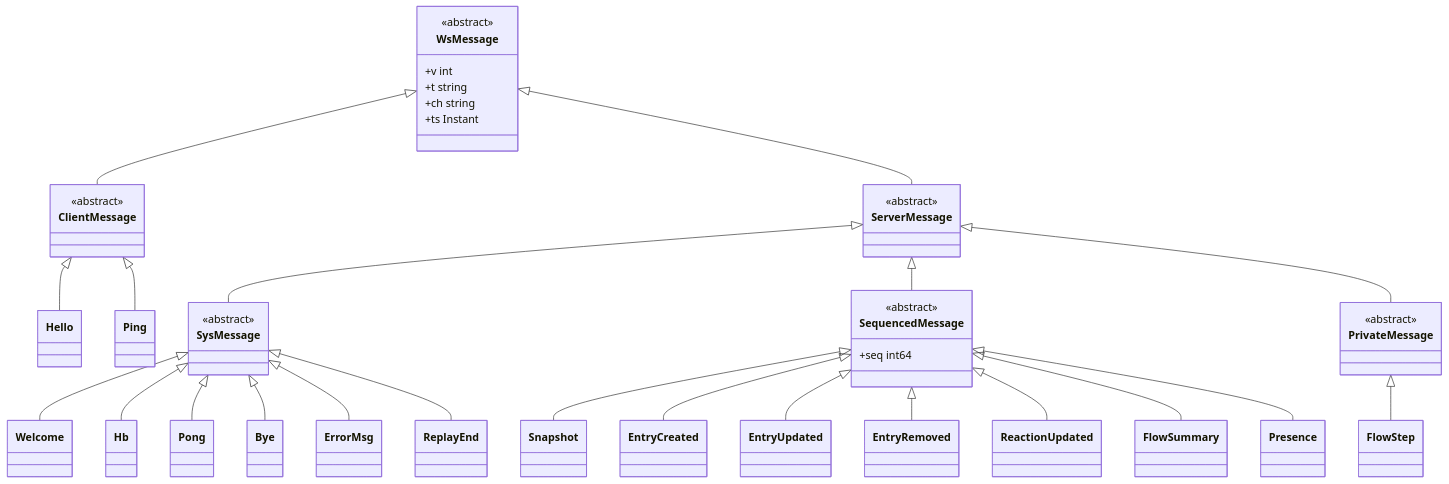
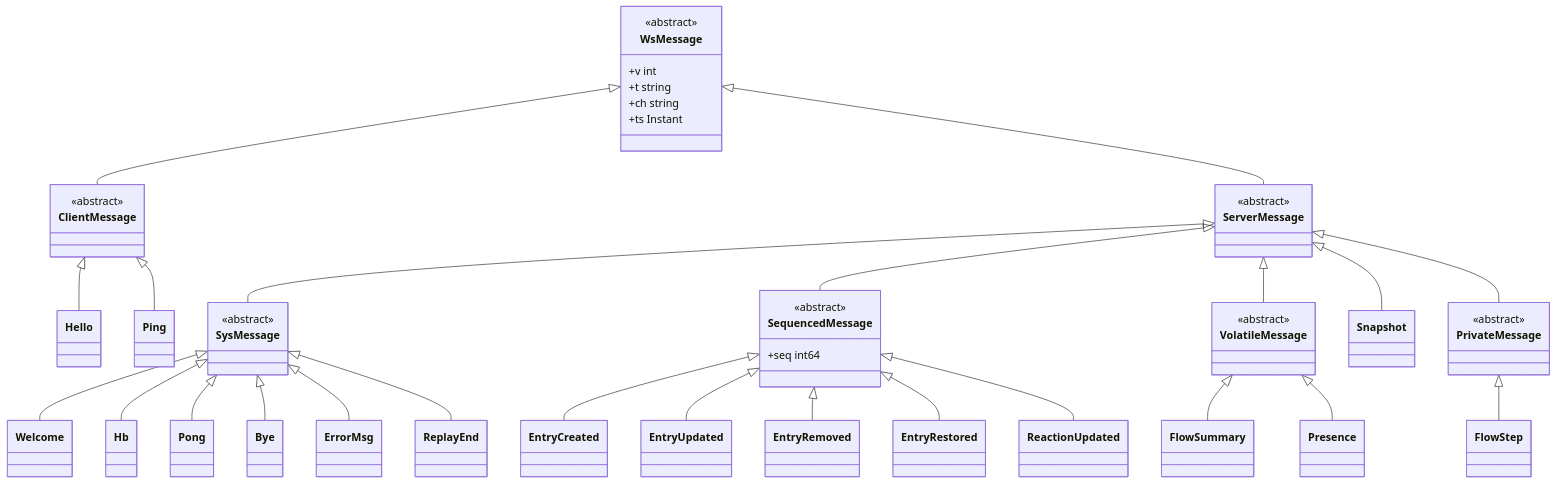
The ninth of 10 diagrams in docs/design/04-ws-protocol.md (1985jwlee/portpolio_backend), drawn with Mermaid before and after one commit. The commit also changed other lines of this file and 25 other files, not shown here.

````diff
--- a/docs/design/04-ws-protocol.md
+++ b/docs/design/04-ws-protocol.md
@@ -351,63 +355,69 @@
 ```mermaid
 classDiagram
     class WsMessage {
         <<abstract>>
         +v int
         +t string
         +ch string
         +ts Instant
     }
     class ClientMessage {
         <<abstract>>
     }
     class Hello
     class Ping
     class ServerMessage {
         <<abstract>>
     }
     class SysMessage {
         <<abstract>>
     }
     class Welcome
     class Hb
     class Pong
     class Bye
     class ErrorMsg
     class ReplayEnd
     class SequencedMessage {
         <<abstract>>
         +seq int64
     }
+    class VolatileMessage {
+        <<abstract>>
+    }
     class Snapshot
     class EntryCreated
     class EntryUpdated
     class EntryRemoved
+    class EntryRestored
     class ReactionUpdated
     class FlowSummary
     class Presence
     class PrivateMessage {
         <<abstract>>
     }
     class FlowStep
     WsMessage <|-- ClientMessage
     ClientMessage <|-- Hello
     ClientMessage <|-- Ping
     WsMessage <|-- ServerMessage
     ServerMessage <|-- SysMessage
     SysMessage <|-- Welcome
     SysMessage <|-- Hb
     SysMessage <|-- Pong
     SysMessage <|-- Bye
     SysMessage <|-- ErrorMsg
     SysMessage <|-- ReplayEnd
     ServerMessage <|-- SequencedMessage
-    SequencedMessage <|-- Snapshot
+    ServerMessage <|-- Snapshot
     SequencedMessage <|-- EntryCreated
     SequencedMessage <|-- EntryUpdated
     SequencedMessage <|-- EntryRemoved
+    SequencedMessage <|-- EntryRestored
     SequencedMessage <|-- ReactionUpdated
-    SequencedMessage <|-- FlowSummary
-    SequencedMessage <|-- Presence
+    ServerMessage <|-- VolatileMessage
+    VolatileMessage <|-- FlowSummary
+    VolatileMessage <|-- Presence
     ServerMessage <|-- PrivateMessage
     PrivateMessage <|-- FlowStep
 ```
````
